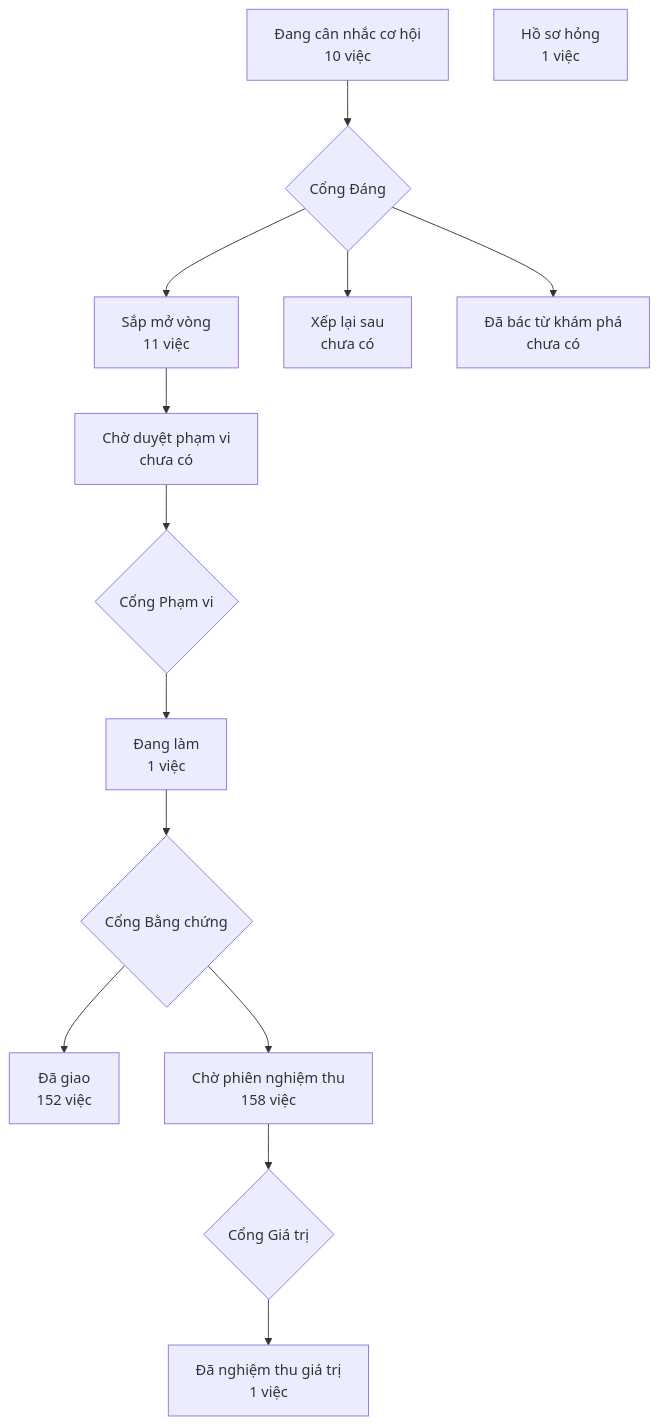
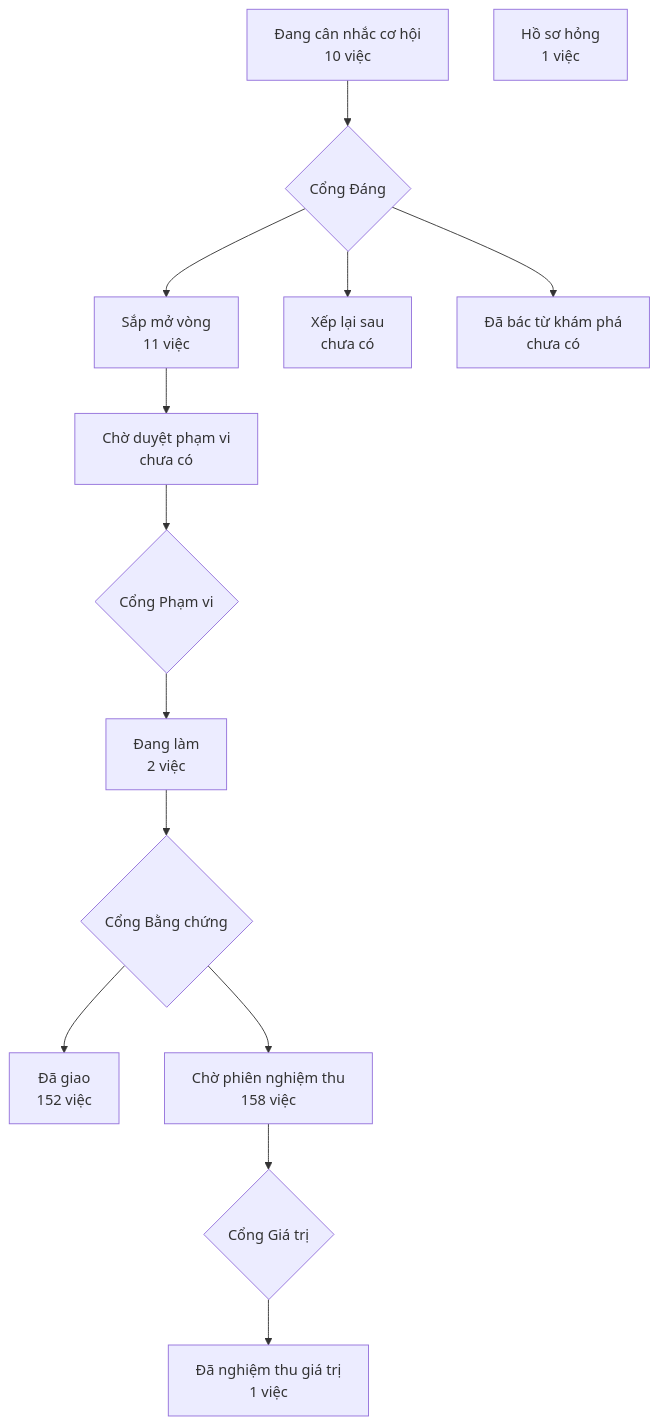
Before and after one commit to phanlemanh/crm-onehub: the diagram in PRODUCT-MAP.md, drawn with Mermaid. The commit also changed 1 other file, not shown here.

Commit message:
docs(khung-cho-don-vi-mot-hinh): vẽ lại bản đồ sau gộp onehub (#522)

````diff
--- a/PRODUCT-MAP.md
+++ b/PRODUCT-MAP.md
@@ -7,13 +7,13 @@
 ```mermaid
 flowchart TD
   A["Đang cân nhắc cơ hội<br/>10 việc"] --> GD{"Cổng Đáng"}
   GD --> B["Sắp mở vòng<br/>11 việc"]
   GD --> XL["Xếp lại sau<br/>chưa có"]
   GD --> DB["Đã bác từ khám phá<br/>chưa có"]
   B --> CD["Chờ duyệt phạm vi<br/>chưa có"] --> GP{"Cổng Phạm vi"}
-  GP --> DL["Đang làm<br/>1 việc"] --> GB{"Cổng Bằng chứng"}
+  GP --> DL["Đang làm<br/>2 việc"] --> GB{"Cổng Bằng chứng"}
   GB --> DG["Đã giao<br/>152 việc"]
   GB --> CN["Chờ phiên nghiệm thu<br/>158 việc"] --> GG{"Cổng Giá trị"}
   GG --> NT["Đã nghiệm thu giá trị<br/>1 việc"]
   HS["Hồ sơ hỏng<br/>1 việc"]
 ```
````
